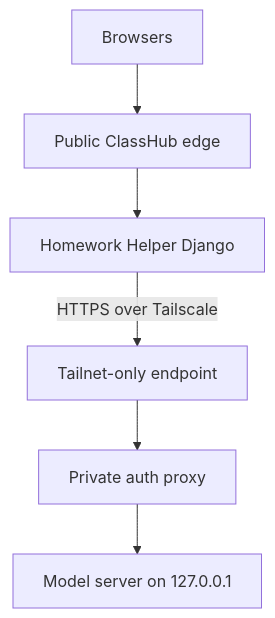
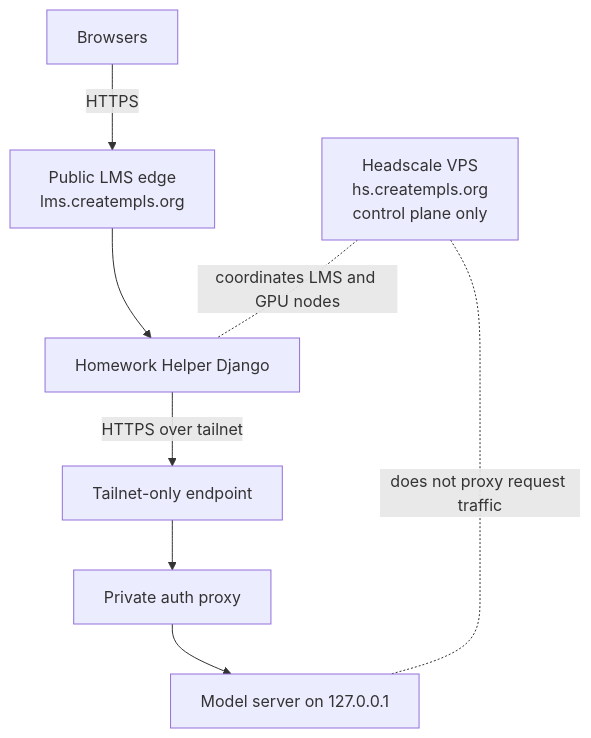
One commit to bseverns/classhub changed the diagram in docs/PRIVATE_LLM_BACKEND.md. Above: the diagram before and after it, drawn with Mermaid. The commit also changed other lines of this file and 51 other files, not shown here.

````diff
--- a/docs/PRIVATE_LLM_BACKEND.md
+++ b/docs/PRIVATE_LLM_BACKEND.md
@@ -18,8 +21,12 @@
 ```mermaid
 flowchart TD
-  B[Browsers] --> C[Public ClassHub edge]
+  B[Browsers] -->|HTTPS| C[Public LMS edge<br/>lms.creatempls.org]
   C --> H[Homework Helper Django]
-  H -->|HTTPS over Tailscale| T[Tailnet-only endpoint]
+  H -->|HTTPS over tailnet| T[Tailnet-only endpoint]
   T --> P[Private auth proxy]
   P --> M[Model server on 127.0.0.1]
+  HS[Headscale VPS<br/>hs.creatempls.org<br/>control plane only]
+
+  HS -. coordinates LMS and GPU nodes .- H
+  HS -. does not proxy request traffic .- M
 ```
````
